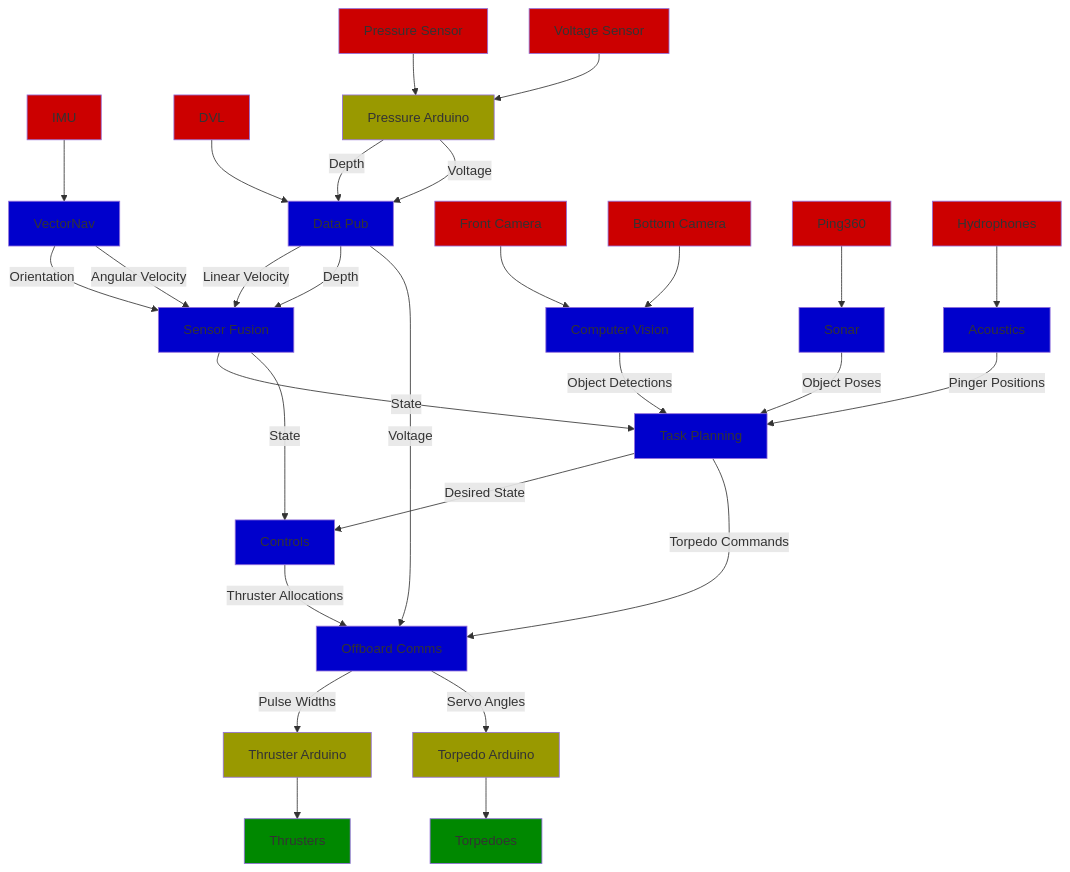
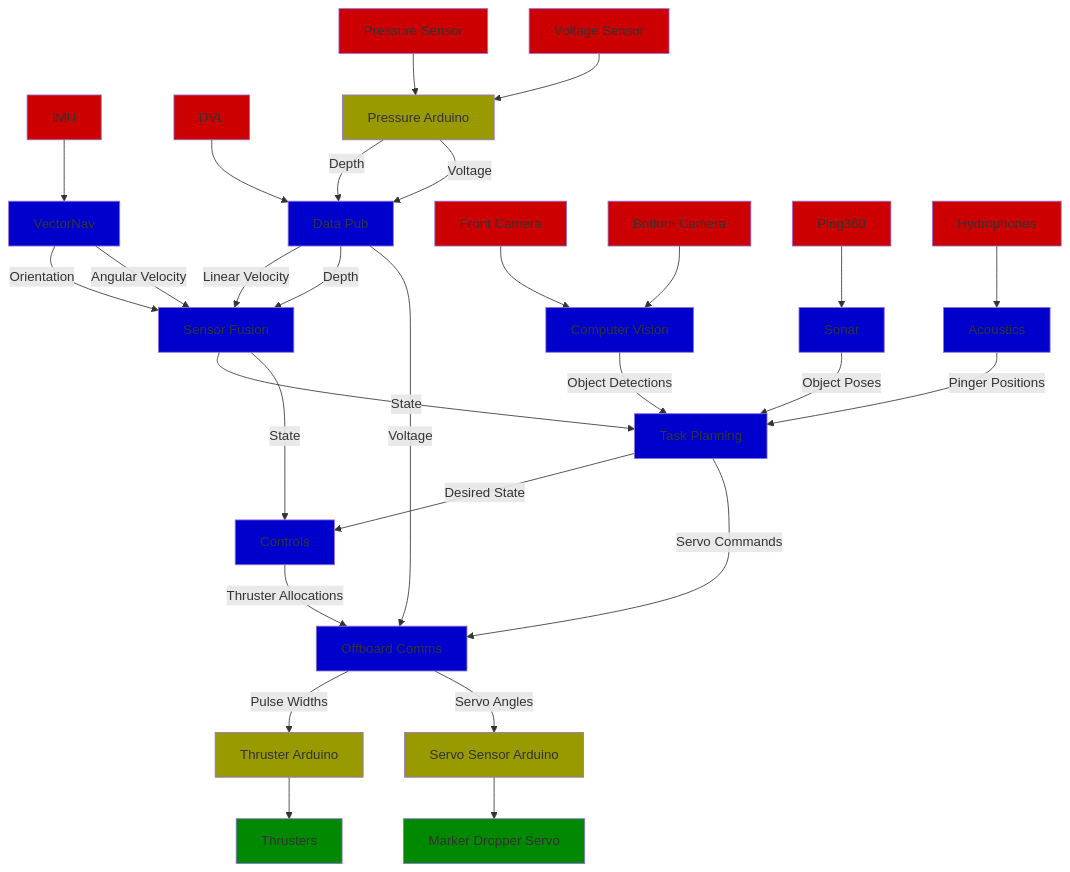
Before and after one commit to DukeRobotics/robosub-ros: the diagram in README.md, drawn with Mermaid.

Commit message:
Replaced references to torpedo with marker dropper servo

````diff
--- a/README.md
+++ b/README.md
@@ -53,36 +53,36 @@
 ```mermaid
 flowchart TD
     IMU:::sensor --> VectorNav:::package
     DVL:::sensor --> DataPub[Data Pub]:::package
     PressureSensor[Pressure Sensor]:::sensor --> PressureArduino[Pressure Arduino]:::intermediateHardware
     Voltage[Voltage Sensor]:::sensor --> PressureArduino
     PressureArduino --> |Depth| DataPub
     PressureArduino --> |Voltage| DataPub
     VectorNav --> |Orientation| SensorFusion[Sensor Fusion]:::package
     VectorNav --> |Angular Velocity| SensorFusion
     DataPub --> |Linear Velocity| SensorFusion
     DataPub --> |Depth| SensorFusion
     FrontCamera[Front Camera]:::sensor --> CV[Computer Vision]:::package
     BottomCamera[Bottom Camera]:::sensor --> CV
     SensorFusion --> |State| TaskPlanning[Task Planning]:::package
     SensorFusion --> |State| Controls:::package
     CV --> |Object Detections| TaskPlanning
     Ping360:::sensor --> Sonar:::package
     Sonar --> |Object Poses| TaskPlanning
     Hydrophones:::sensor --> Acoustics:::package
     Acoustics --> |Pinger Positions| TaskPlanning
     TaskPlanning --> |Desired State| Controls
-    TaskPlanning --> |Torpedo Commands| OffboardComms[Offboard Comms]:::package
+    TaskPlanning --> |Servo Commands| OffboardComms[Offboard Comms]:::package
     Controls --> |Thruster Allocations| OffboardComms
     DataPub --> |Voltage| OffboardComms
     OffboardComms --> |Pulse Widths| ThrusterArduino[Thruster Arduino]:::intermediateHardware
-    OffboardComms --> |Servo Angles| TorpedoArduino[Torpedo Arduino]:::intermediateHardware
+    OffboardComms --> |Servo Angles| ServoSensorArduino[Servo Sensor Arduino]:::intermediateHardware
     ThrusterArduino --> Thrusters:::outputs
-    TorpedoArduino --> Torpedoes:::outputs
+    ServoSensorArduino --> MarkerDropperServo[Marker Dropper Servo]:::outputs
 
     classDef sensor fill:#c00;
     classDef package fill:#00c;
     classDef outputs fill:#080;
     classDef intermediateHardware fill:#990;
 
 ```
````
